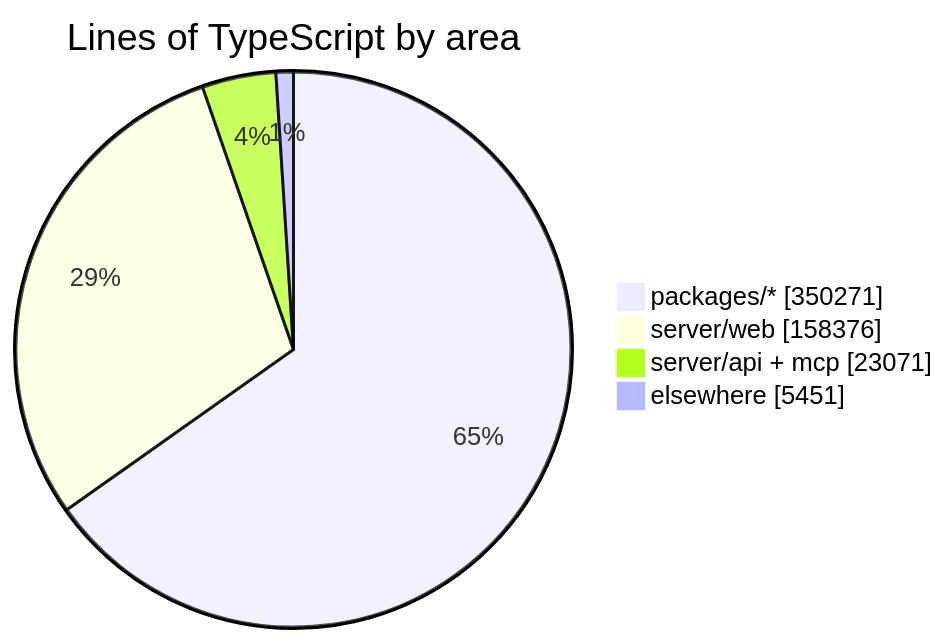
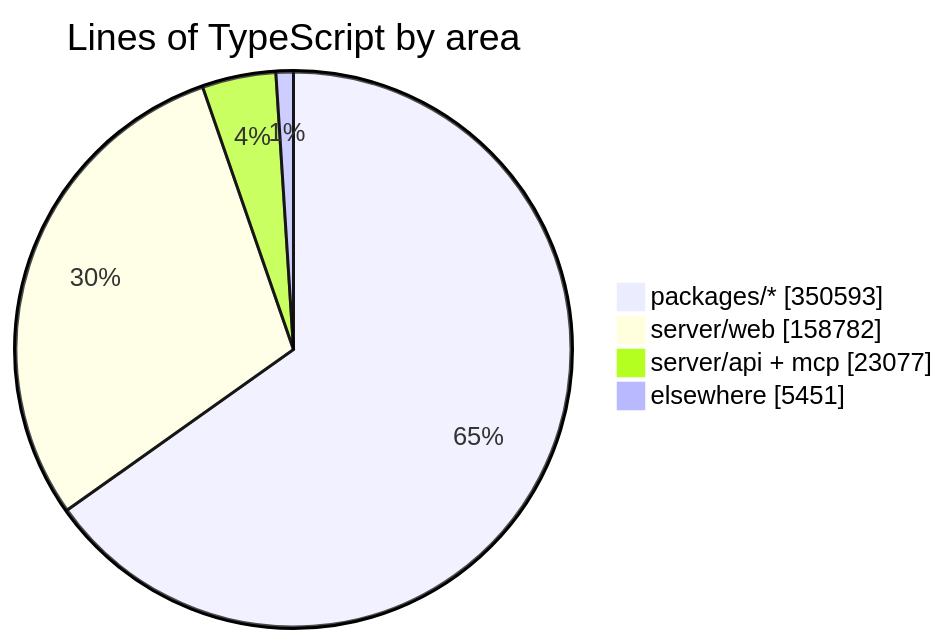
The diagram in README.md (crossworks-engineering/mantle), drawn with Mermaid before and after one commit. The commit also changed other lines of this file and 2 other files, not shown here.

````diff
--- a/README.md
+++ b/README.md
@@ -294,7 +294,7 @@
 ```mermaid
 pie showData title Lines of TypeScript by area
-    "packages/*" : 350271
-    "server/web" : 158376
-    "server/api + mcp" : 23071
+    "packages/*" : 350593
+    "server/web" : 158782
+    "server/api + mcp" : 23077
     "elsewhere" : 5451
 ```
````
